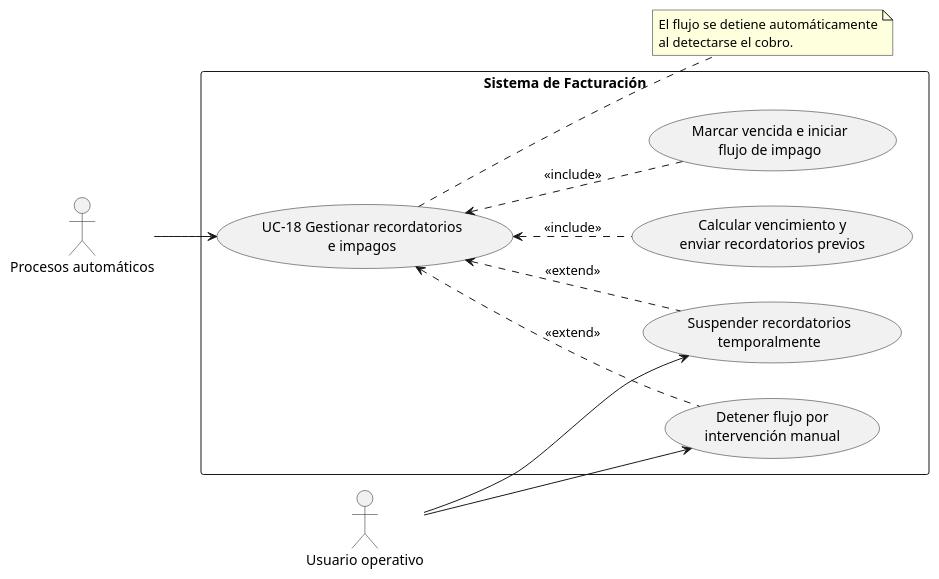
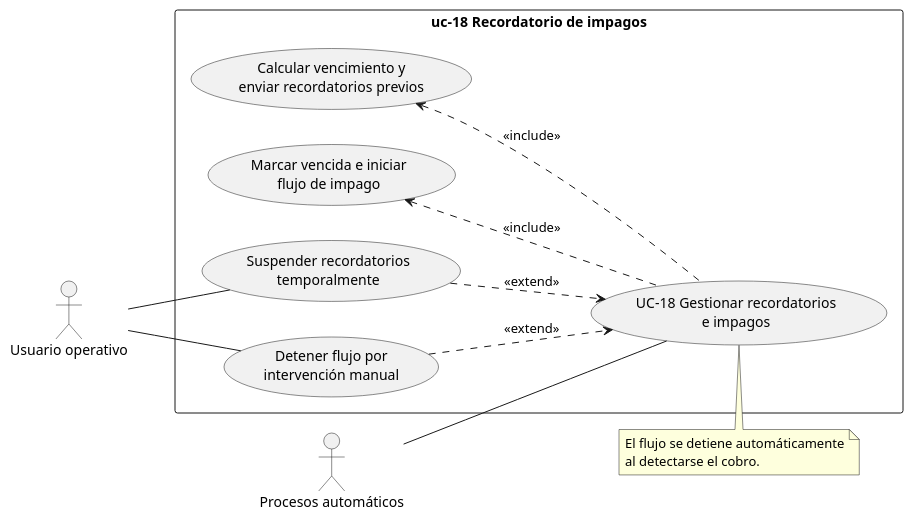
Before and after one commit to pablorv3/Hienitas-ADAP: the diagram in doc/src/casos-uso/uc-18-gestionar-recordatorios-impagos.pu, drawn with PlantUML. The commit also changed 28 other files, not shown here.

Commit message:
uml diagram fixes

```diff
--- a/doc/src/casos-uso/uc-18-gestionar-recordatorios-impagos.pu
+++ b/doc/src/casos-uso/uc-18-gestionar-recordatorios-impagos.pu
@@ -1,29 +1,29 @@
 @startuml uc-18
 left to right direction
-skinparam packageStyle rectangle
 
 actor "Procesos automáticos" as PA
 actor "Usuario operativo" as UO
 
-package "Sistema de Facturación" {
+rectangle "uc-18 Recordatorio de impagos" {
   usecase "UC-18 Gestionar recordatorios\ne impagos" as UC18
   usecase "Calcular vencimiento y\nenviar recordatorios previos" as Previos
   usecase "Marcar vencida e iniciar\nflujo de impago" as Impago
   usecase "Suspender recordatorios\ntemporalmente" as Suspender
   usecase "Detener flujo por\nintervención manual" as Intervenir
+
+
+  PA -- UC18
+  UO -- Suspender
+  UO -- Intervenir
+
+  Previos <.. UC18 : <<include>>
+  Impago <.. UC18 : <<include>>
+  Suspender ..> UC18 : <<extend>>
+  Intervenir ..> UC18 : <<extend>>
 }
 
-PA --> UC18
-UO --> Suspender
-UO --> Intervenir
-
-Previos .up.> UC18 : <<include>>
-Impago .up.> UC18 : <<include>>
-Suspender .up.> UC18 : <<extend>>
-Intervenir .up.> UC18 : <<extend>>
-
-note right of UC18
+note top of UC18
   El flujo se detiene automáticamente
   al detectarse el cobro.
 end note
 @enduml
```
